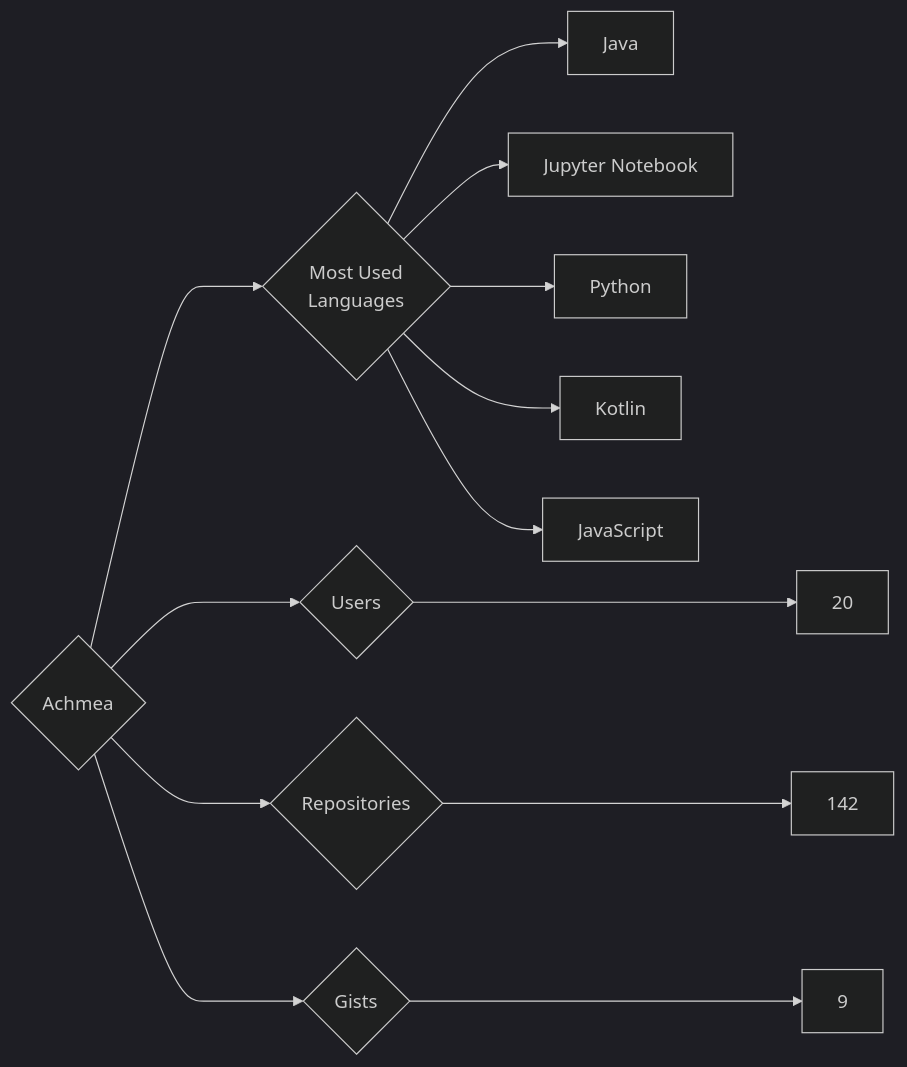
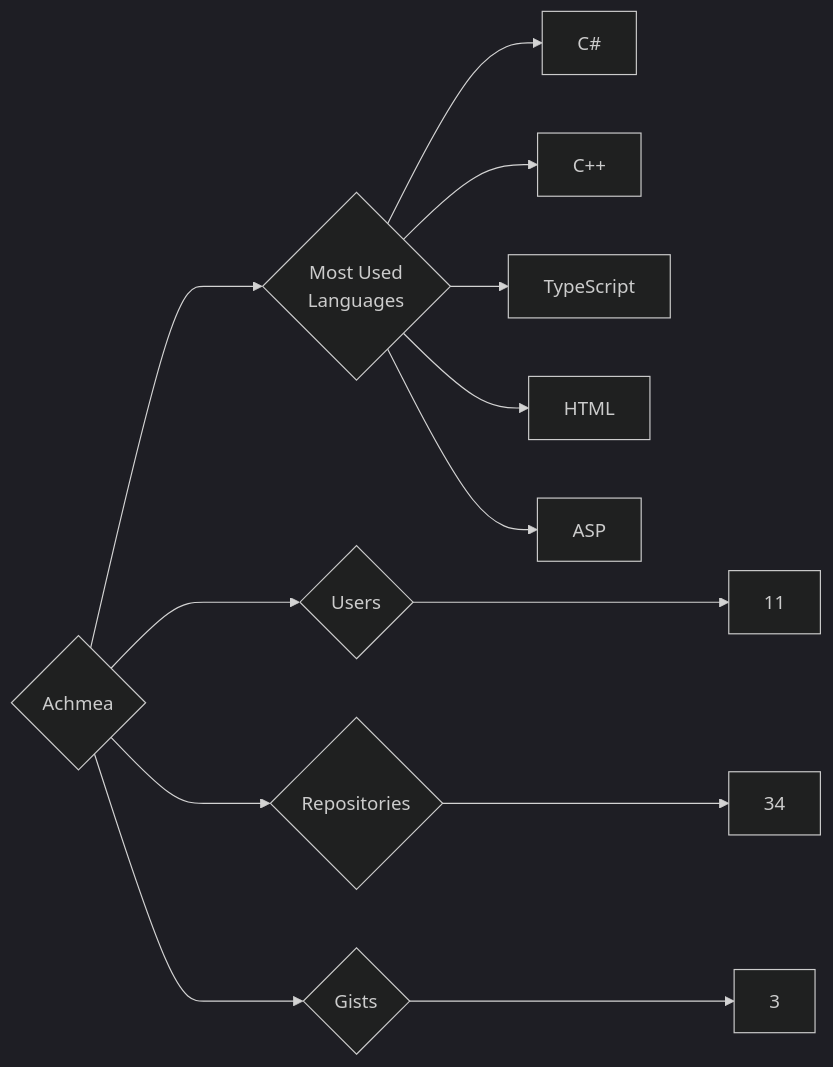
One commit to trickest/insiders changed the diagram in targets/Achmea/README.md. Above: the diagram before and after it, drawn with Mermaid (dark theme). The commit also changed 782 other files, not shown here.

````diff
--- a/targets/Achmea/README.md
+++ b/targets/Achmea/README.md
@@ -3,13 +3,13 @@
 ```mermaid
 graph LR
 COMPANY_NAME{Achmea}
-COMPANY_NAME ---> U{Users} ---> UN[20]
-COMPANY_NAME ---> R{Repositories} ---> RN[142]
-COMPANY_NAME ---> G{Gists} ---> GN[9]
+COMPANY_NAME ---> U{Users} ---> UN[11]
+COMPANY_NAME ---> R{Repositories} ---> RN[34]
+COMPANY_NAME ---> G{Gists} ---> GN[3]
 COMPANY_NAME ---> ML{Most Used<br>Languages}
-ML --> Java[Java]
-ML --> Jupyter_Notebook[Jupyter Notebook]
-ML --> Python[Python]
-ML --> Kotlin[Kotlin]
-ML --> JavaScript[JavaScript]
+ML --> C#[C#]
+ML --> C++[C++]
+ML --> TypeScript[TypeScript]
+ML --> HTML[HTML]
+ML --> ASP[ASP]
 ```
````
